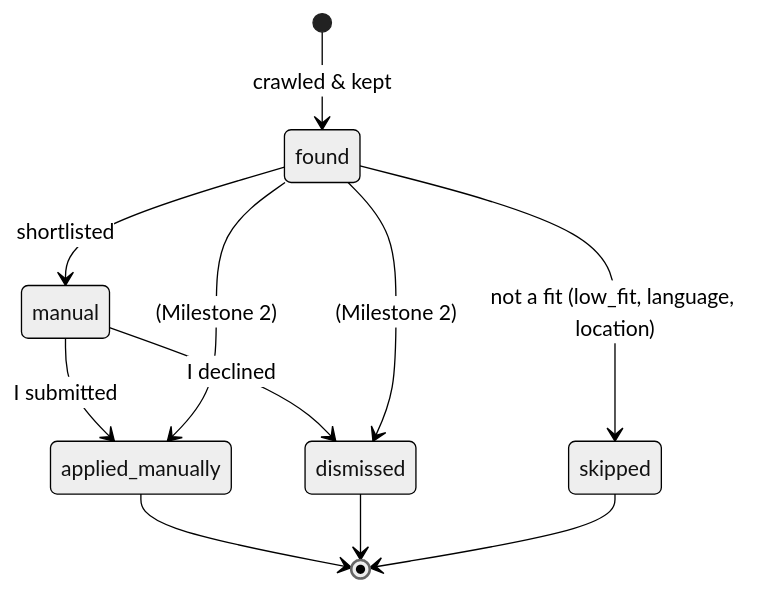
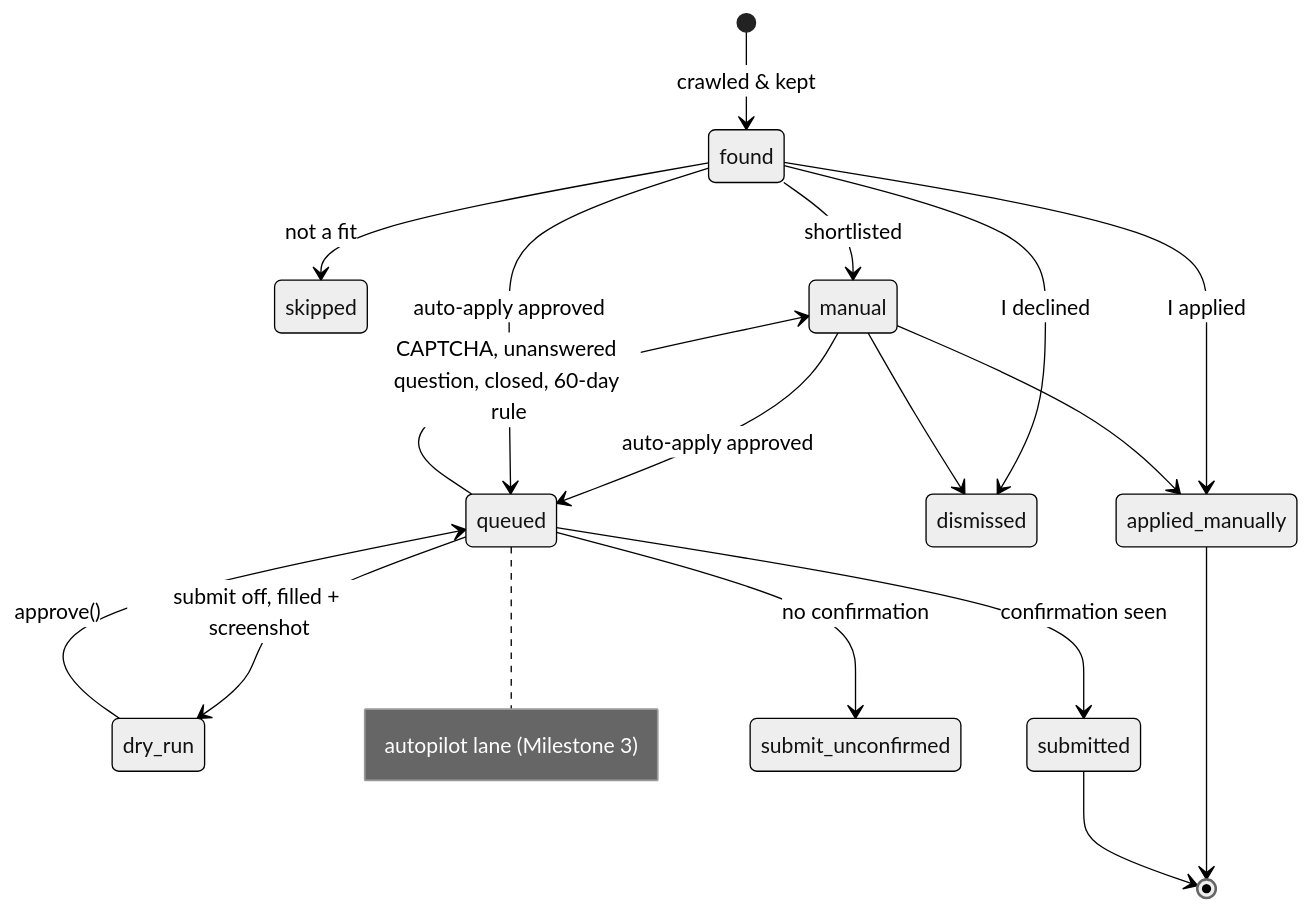
Before and after one commit to Robwert0/eu-tech-jobs: the third of 7 diagrams in README.md, drawn with Mermaid (neutral theme). The commit also changed other lines of this file and 1 other file, not shown here.

````diff
--- a/README.md
+++ b/README.md
@@ -113,13 +98,20 @@
 ```mermaid
 stateDiagram-v2
     [*] --> found: crawled & kept
-    found --> skipped: not a fit (low_fit, language, location)
+    found --> skipped: not a fit
     found --> manual: shortlisted
-    manual --> applied_manually: I submitted
-    manual --> dismissed: I declined
-    found --> applied_manually: (Milestone 2)
-    found --> dismissed: (Milestone 2)
+    found --> applied_manually: I applied
+    found --> dismissed: I declined
+    manual --> applied_manually
+    manual --> dismissed
+    manual --> queued: auto-apply approved
+    found --> queued: auto-apply approved
+    queued --> dry_run: submit off, filled + screenshot
+    dry_run --> queued: approve()
+    queued --> submitted: confirmation seen
+    queued --> submit_unconfirmed: no confirmation
+    queued --> manual: CAPTCHA, unanswered question, closed, 60-day rule
     applied_manually --> [*]
-    dismissed --> [*]
-    skipped --> [*]
+    submitted --> [*]
+    note right of queued: autopilot lane (Milestone 3)
 ```
````
